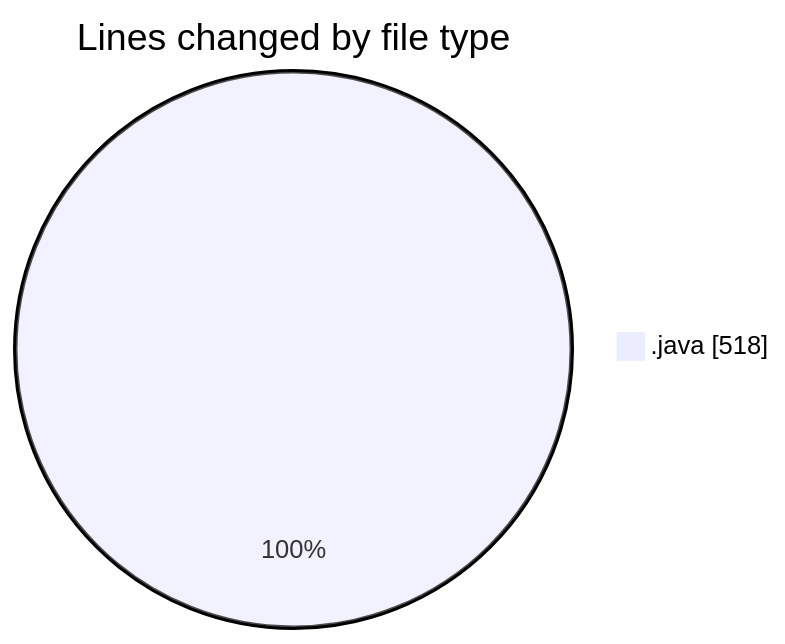
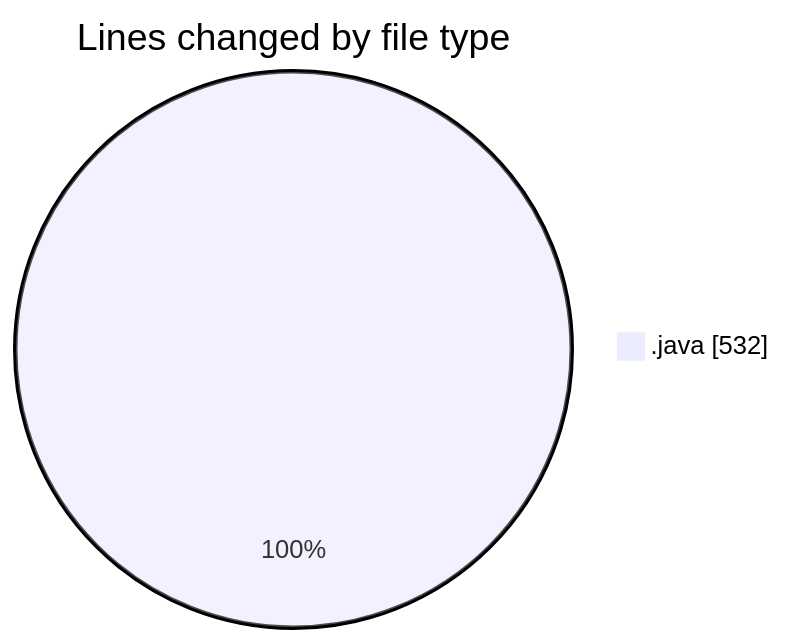
One commit to ricardozamudiocil/code-tracking changed the first of 2 diagrams in 2026-03-10/cilreports__workspace_/README.md. Above: the diagram before and after it, drawn with Mermaid. The commit also changed other lines of this file and 1 other file, not shown here.

````diff
--- a/2026-03-10/cilreports__workspace_/README.md
+++ b/2026-03-10/cilreports__workspace_/README.md
@@ -20,5 +20,5 @@
 ```mermaid
 pie showData
 title Lines changed by file type
-".java" : 518
+".java" : 532
 ```
````
